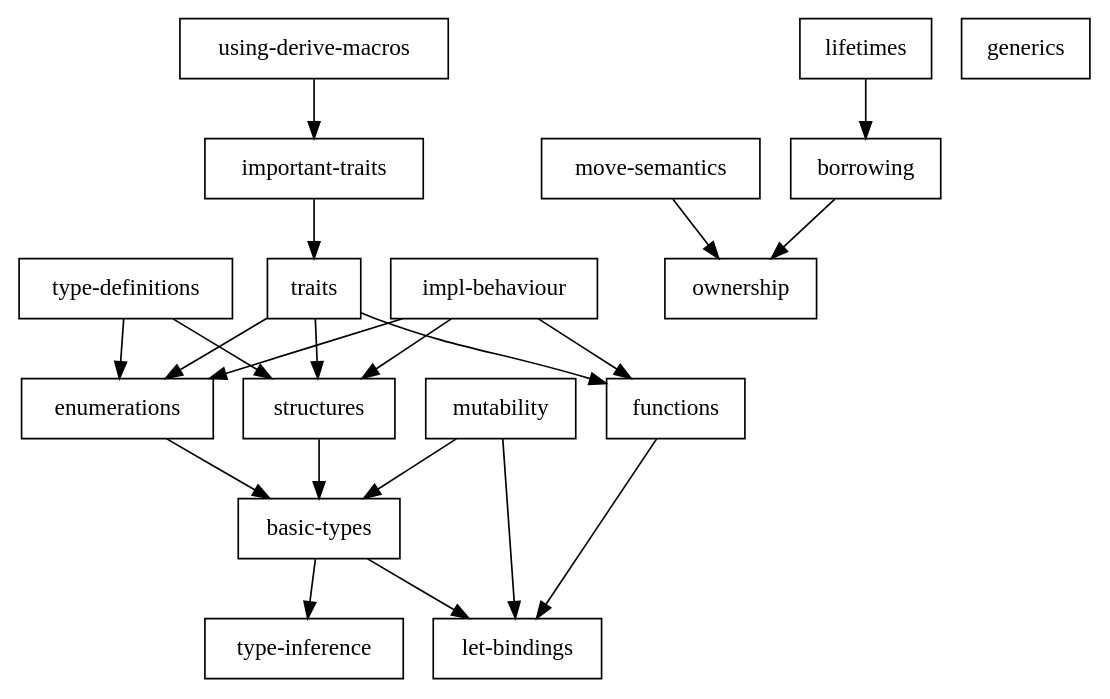
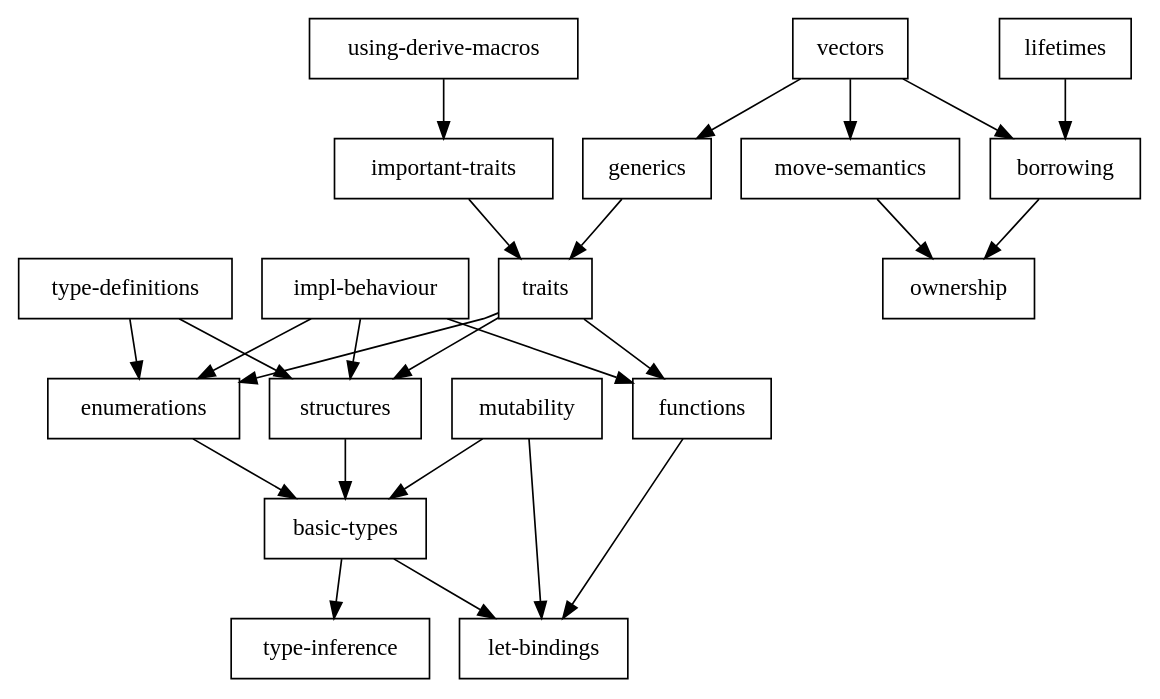
Before and after one commit to barafael/rust-knowledge-graph: the diagram in graph.dot, drawn with Graphviz. The commit also changed 6 other files, not shown here.

```diff
--- a/graph.dot
+++ b/graph.dot
@@ -1,39 +1,44 @@
 digraph {
     0 [ label = "basic-types" shape = box]
     1 [ label = "let-bindings" shape = box]
     2 [ label = "type-inference" shape = box]
     3 [ label = "impl-behaviour" shape = box]
     4 [ label = "enumerations" shape = box]
     5 [ label = "functions" shape = box]
     6 [ label = "structures" shape = box]
     7 [ label = "borrowing" shape = box]
     8 [ label = "ownership" shape = box]
     9 [ label = "generics" shape = box]
-    10 [ label = "important-traits" shape = box]
-    11 [ label = "traits" shape = box]
+    10 [ label = "traits" shape = box]
+    11 [ label = "important-traits" shape = box]
     12 [ label = "lifetimes" shape = box]
     13 [ label = "move-semantics" shape = box]
     14 [ label = "mutability" shape = box]
     15 [ label = "type-definitions" shape = box]
     16 [ label = "using-derive-macros" shape = box]
+    17 [ label = "vectors" shape = box]
     0 -> 1 [ ]
     0 -> 2 [ ]
     3 -> 4 [ ]
     3 -> 5 [ ]
     3 -> 6 [ ]
     4 -> 0 [ ]
     5 -> 1 [ ]
     6 -> 0 [ ]
     7 -> 8 [ ]
-    10 -> 11 [ ]
-    11 -> 4 [ ]
-    11 -> 5 [ ]
-    11 -> 6 [ ]
+    9 -> 10 [ ]
+    10 -> 4 [ ]
+    10 -> 5 [ ]
+    10 -> 6 [ ]
+    11 -> 10 [ ]
     12 -> 7 [ ]
     13 -> 8 [ ]
     14 -> 0 [ ]
     14 -> 1 [ ]
     15 -> 4 [ ]
     15 -> 6 [ ]
-    16 -> 10 [ ]
+    16 -> 11 [ ]
+    17 -> 7 [ ]
+    17 -> 9 [ ]
+    17 -> 13 [ ]
 }
```
